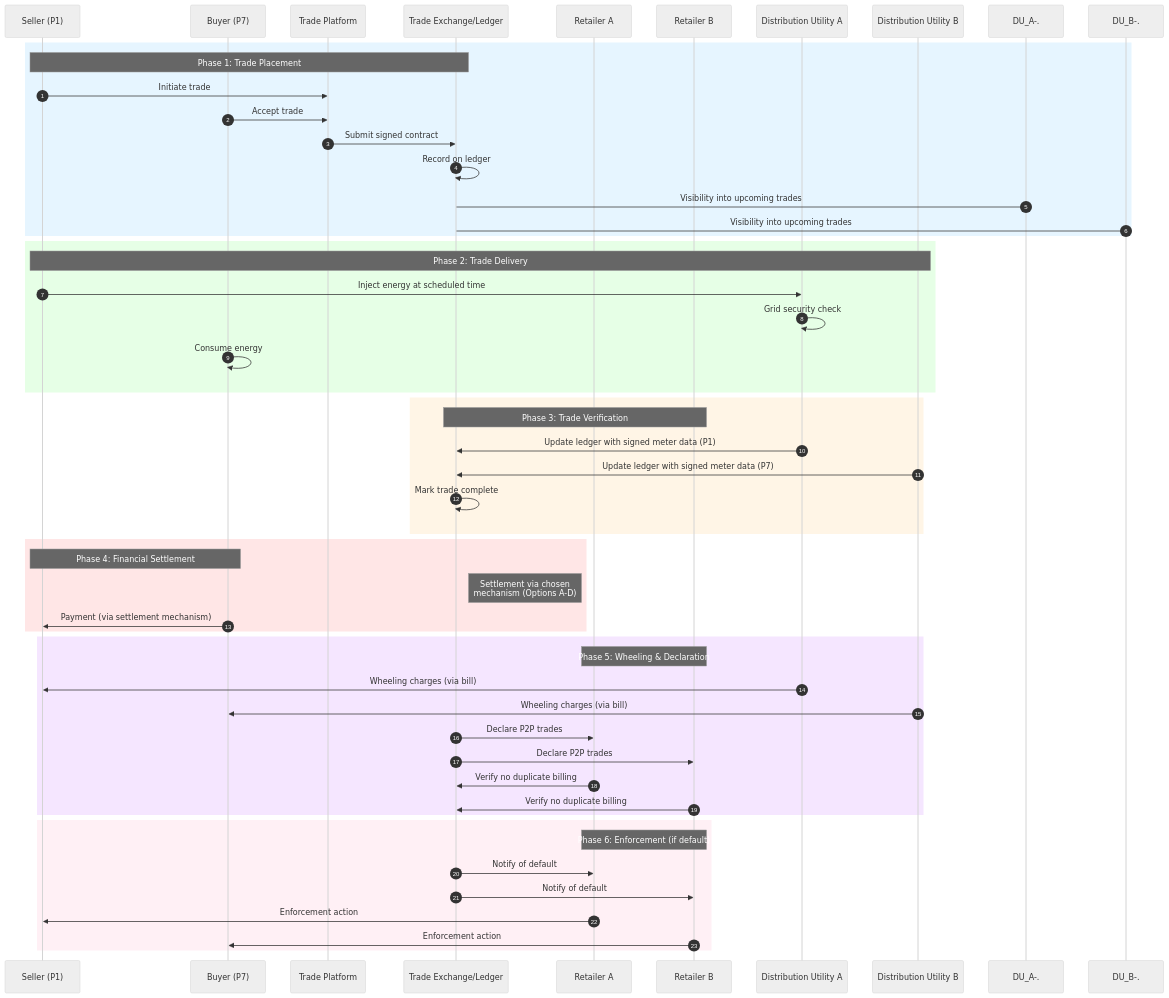
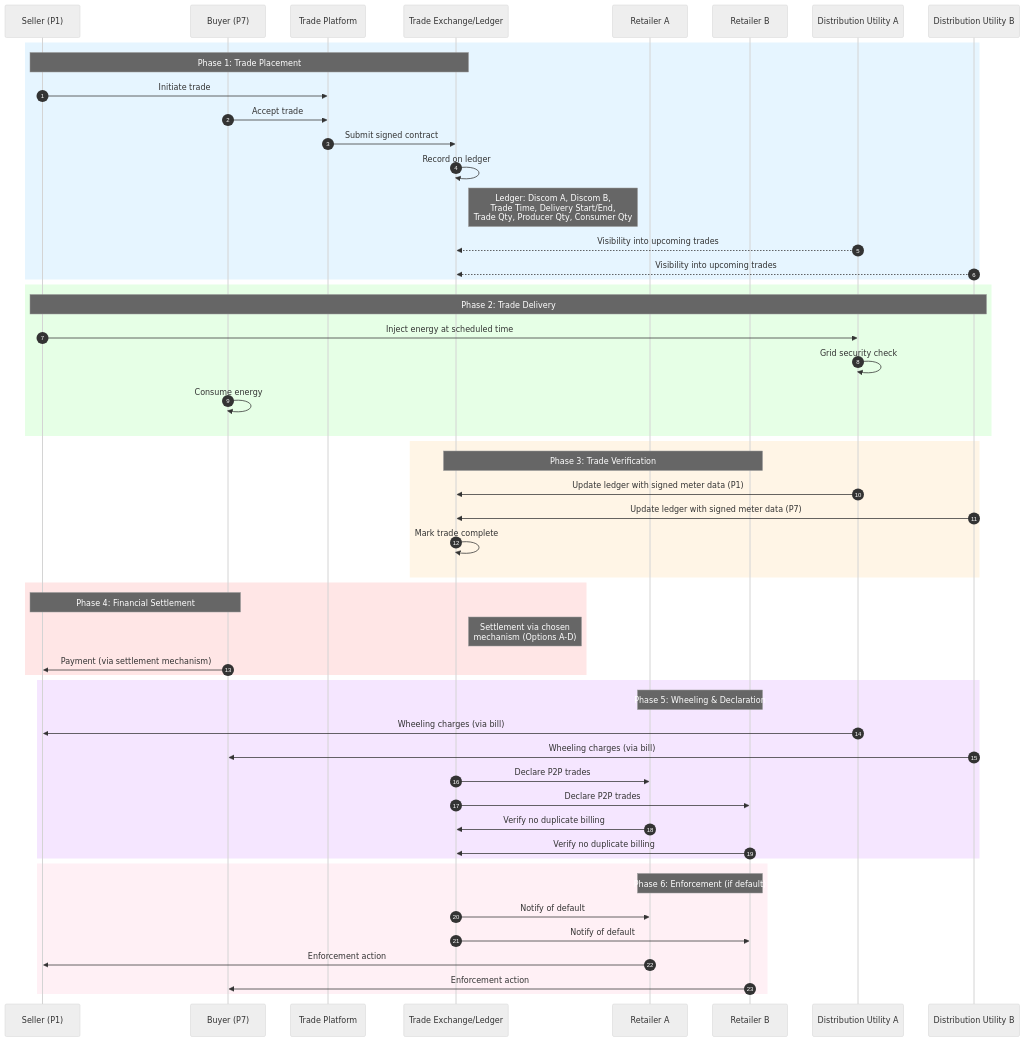
One commit to Anusree-J/DEG changed the first of 12 diagrams in docs/implementation-guides/v2/P2P_Trading/Inter_energy_retailer_P2P_trading_draft.md. Above: the diagram before and after it, drawn with Mermaid (neutral theme). The commit also changed other lines of this file, not shown here.

Commit message:
added trade ledger details and anto double dipping formulae

````diff
--- a/docs/implementation-guides/v2/P2P_Trading/Inter_energy_retailer_P2P_trading_draft.md
+++ b/docs/implementation-guides/v2/P2P_Trading/Inter_energy_retailer_P2P_trading_draft.md
@@ -53,60 +53,61 @@
 ```mermaid
 sequenceDiagram
     autonumber
     participant S as Seller (P1)
     participant B as Buyer (P7)
     participant TP as Trade Platform
     participant TE as Trade Exchange/Ledger
     participant RA as Retailer A
     participant RB as Retailer B
     participant DU_A as Distribution Utility A
     participant DU_B as Distribution Utility B
 
     rect rgb(230, 245, 255)
     note over S,TE: Phase 1: Trade Placement
     S->>TP: Initiate trade
     B->>TP: Accept trade
     TP->>TE: Submit signed contract
     TE->>TE: Record on ledger
-    DU_A-.->TE: Visibility into upcoming trades
-    DU_B-.->TE: Visibility into upcoming trades
+    Note right of TE: Ledger: Discom A, Discom B,<br/>Trade Time, Delivery Start/End,<br/>Trade Qty, Producer Qty, Consumer Qty
+    DU_A-->>TE: Visibility into upcoming trades
+    DU_B-->>TE: Visibility into upcoming trades
     end
 
     rect rgb(230, 255, 230)
     note over S,DU_B: Phase 2: Trade Delivery
     S->>DU_A: Inject energy at scheduled time
     DU_A->>DU_A: Grid security check
     B->>B: Consume energy
     end
 
     rect rgb(255, 245, 230)
     note over TE,RB: Phase 3: Trade Verification
     DU_A->>TE: Update ledger with signed meter data (P1)
     DU_B->>TE: Update ledger with signed meter data (P7)
     TE->>TE: Mark trade complete
     end
 
     rect rgb(255, 230, 230)
     note over S,B: Phase 4: Financial Settlement
     Note right of TE: Settlement via chosen<br/>mechanism (Options A-D)
     B->>S: Payment (via settlement mechanism)
     end
 
     rect rgb(245, 230, 255)
     note over RA,RB: Phase 5: Wheeling & Declaration
     DU_A->>S: Wheeling charges (via bill)
     DU_B->>B: Wheeling charges (via bill)
     TE->>RA: Declare P2P trades
     TE->>RB: Declare P2P trades
     RA->>TE: Verify no duplicate billing
     RB->>TE: Verify no duplicate billing
     end
 
     rect rgb(255, 240, 245)
     note over RA,RB: Phase 6: Enforcement (if default)
     TE->>RA: Notify of default
     TE->>RB: Notify of default
     RA->>S: Enforcement action
     RB->>B: Enforcement action
     end
 ```
````
